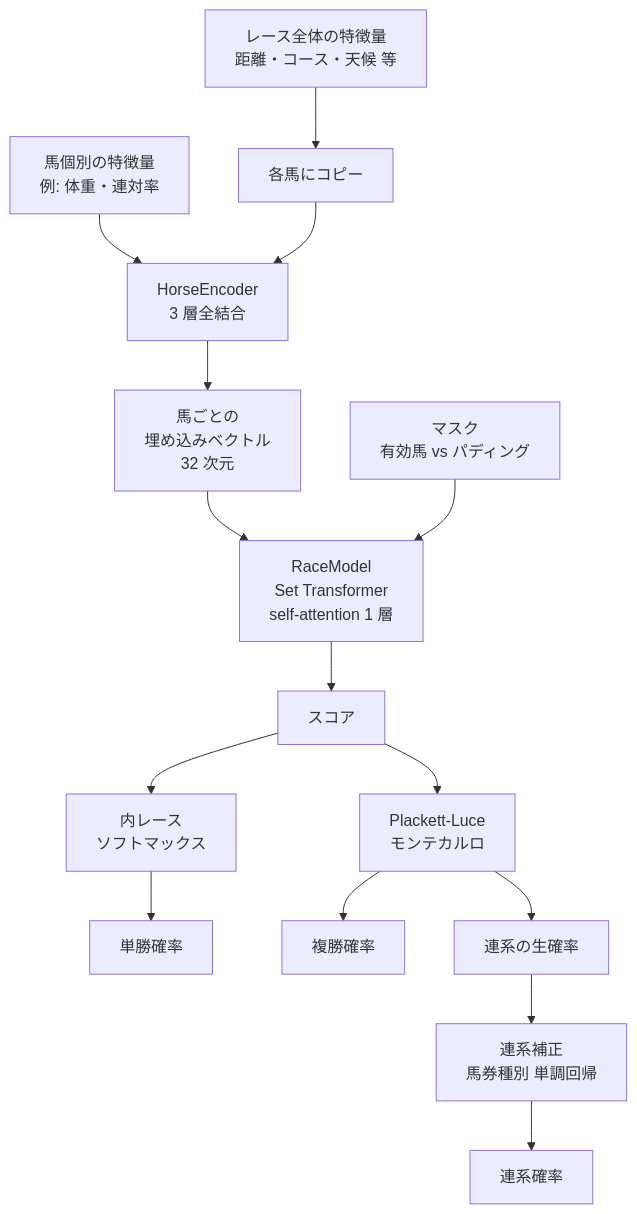
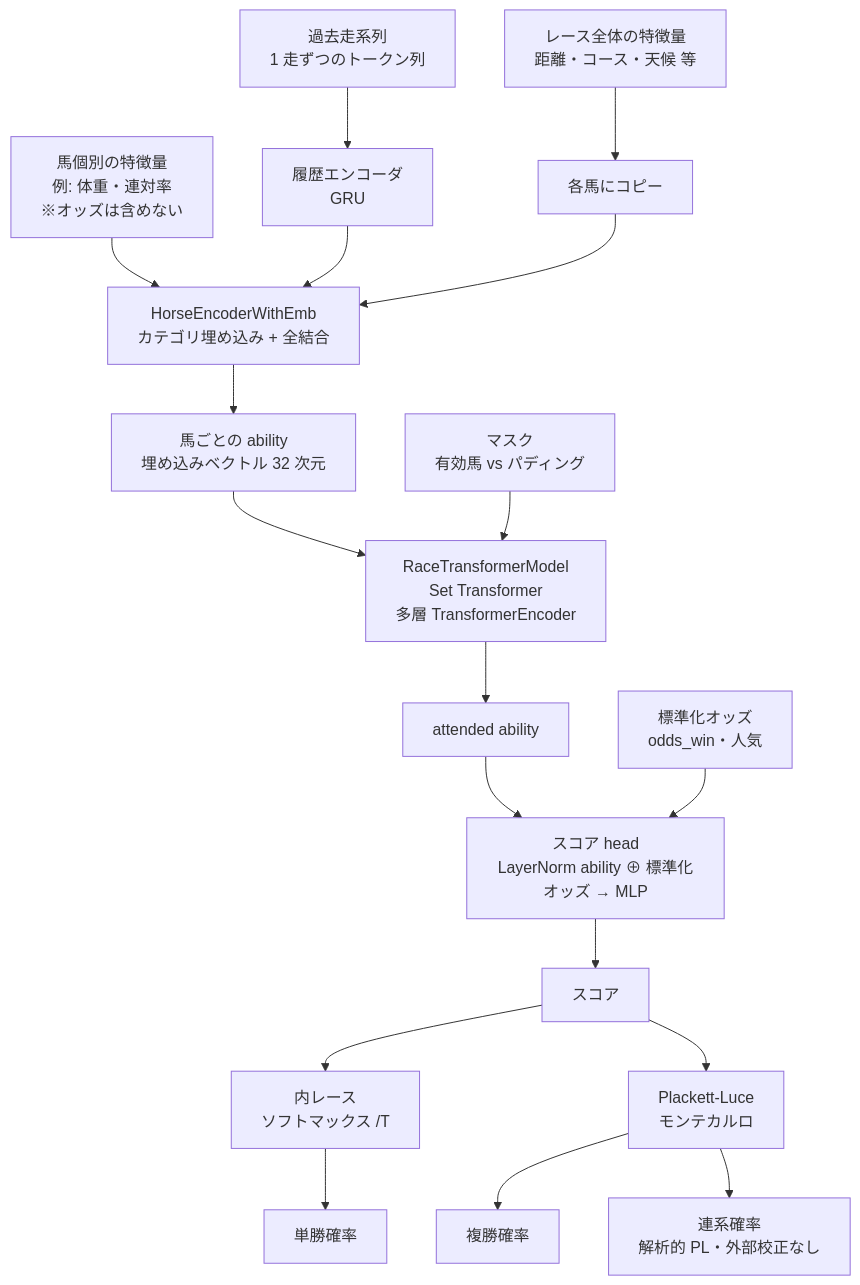
The second of 2 diagrams in docs/ai-model.md (kosei-matsuzaki/keiba-ai), drawn with Mermaid before and after one commit. The commit also changed other lines of this file, not shown here.

Commit message:
docs(ai-model): アーキ図を target 構成へ更新 (odds-at-head + 履歴GRU)
旧図 (HorseEncoder 3層 / RaceModel 1層 / 連系単調回帰) を現行の単一アーキへ:
ability(オッズ除く集約 + per-race 履歴GRU) → 多層 TransformerEncoder →
スコア head で標準化オッズを合成 (ability→value 分離)。連系確率は解析的 PL で
外部 isotonic なし。オッズの扱い・KEIBA_EXCLUDE_ODDS・gated フラグ全廃を追記。

````diff
--- a/docs/ai-model.md
+++ b/docs/ai-model.md
@@ -39,17 +39,19 @@
 ```mermaid
 flowchart TD
-    HF[馬個別の特徴量<br/>例: 体重・連対率] --> HE
+    HF[馬個別の特徴量<br/>例: 体重・連対率<br/>※オッズは含めない] --> HE
+    HIST[過去走系列<br/>1 走ずつのトークン列] --> GRU[履歴エンコーダ<br/>GRU]
+    GRU --> HE
     RF[レース全体の特徴量<br/>距離・コース・天候 等] --> BC[各馬にコピー]
-    BC --> HE[HorseEncoder<br/>3 層全結合]
-    HE --> EMB[馬ごとの<br/>埋め込みベクトル<br/>32 次元]
-    EMB --> RM[RaceModel<br/>Set Transformer<br/>self-attention 1 層]
+    BC --> HE[HorseEncoderWithEmb<br/>カテゴリ埋め込み + 全結合]
+    HE --> EMB[馬ごとの ability<br/>埋め込みベクトル 32 次元]
+    EMB --> RM[RaceTransformerModel<br/>Set Transformer<br/>多層 TransformerEncoder]
     MASK[マスク<br/>有効馬 vs パディング] --> RM
-    RM --> S[スコア]
-    S --> SM[内レース<br/>ソフトマックス]
-    SM --> WP[単勝確率]
+    RM --> AB[attended ability]
+    AB --> HEAD[スコア head<br/>LayerNorm ability ⊕ 標準化オッズ → MLP]
+    ODDS[標準化オッズ<br/>odds_win・人気] --> HEAD
+    HEAD --> S[スコア]
+    S --> SM[内レース<br/>ソフトマックス /T] --> WP[単勝確率]
     S --> PLM[Plackett-Luce<br/>モンテカルロ]
     PLM --> PP[複勝確率]
-    PLM --> CR[連系の生確率]
-    CR --> CC[連系補正<br/>馬券種別 単調回帰]
-    CC --> CCP[連系確率]
+    PLM --> CR[連系確率<br/>解析的 PL・外部校正なし]
 ```
````
